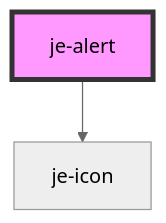
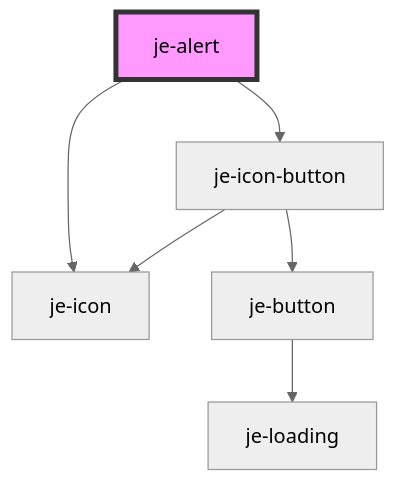
The diagram in packages/docs/docs/components/je-alert/readme.md (pgreen00/jebamo), drawn with Mermaid (neutral theme) before and after one commit. The commit also changed other lines of this file and 23 other files, not shown here.

````diff
--- a/packages/docs/docs/components/je-alert/readme.md
+++ b/packages/docs/docs/components/je-alert/readme.md
@@ -85,5 +86,9 @@
 ```mermaid
 graph TD;
   je-alert --> je-icon
+  je-alert --> je-icon-button
+  je-icon-button --> je-button
+  je-icon-button --> je-icon
+  je-button --> je-loading
   style je-alert fill:#f9f,stroke:#333,stroke-width:4px
 ```
````
